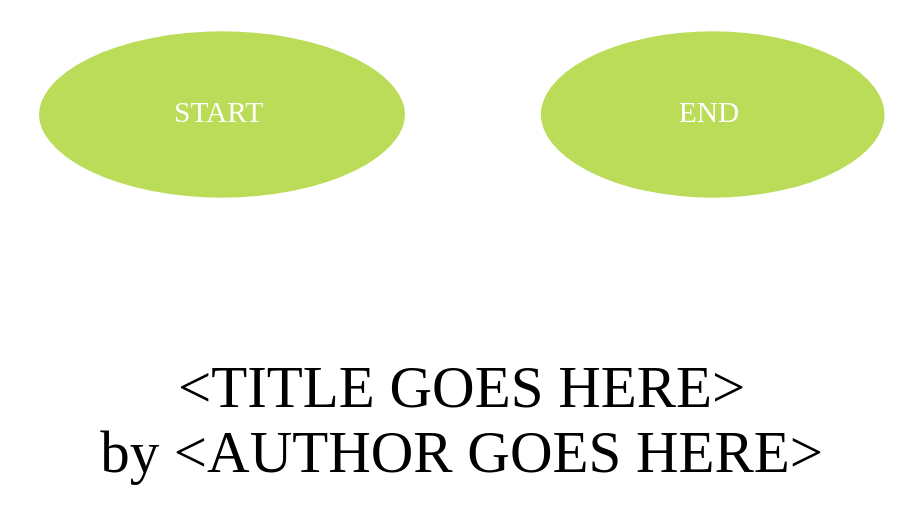
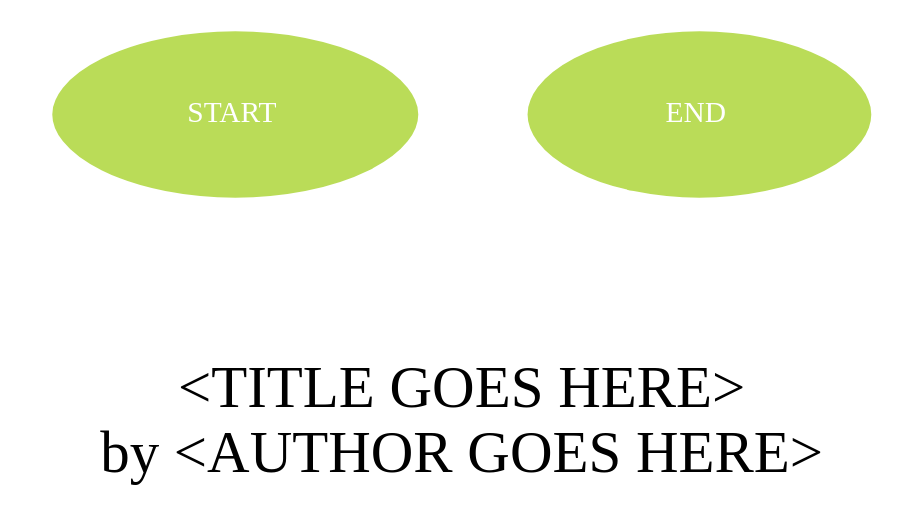
The diagram in graphviz-flowchart.dot (michaeledwards-au/graphviz-flowchart), drawn with Graphviz before and after one commit. The commit also changed 4 other files, not shown here.

```diff
--- a/graphviz-flowchart.dot
+++ b/graphviz-flowchart.dot
@@ -1,43 +1,43 @@
 digraph G {
 
   //== graph setup ==//
   fontsize="40"; label="\n\n<TITLE GOES HERE>\nby <AUTHOR GOES HERE>";
-  margin="1"; nodesep=1; ranksep=1;
+  margin="1"; nodesep=0.75; ranksep=0.75;
 
   //====================//
   // NODES
   //====================//
 
   //== base node setup ==//
   node [ fontname="serif bold" penwidth=20 style=filled fontcolor=white color=white fontsize=20 margin=0.5 ];
 
   //== terminal node setup ==//
   node [ shape=oval fillcolor="#badc58" ];
 
   start [ label="     START     " ];
   end [ label="      END      " ];
  
   //== decision node setup ==//
   node [ shape=diamond fillcolor="#ff7979" ];
 
   // <DECISION NODES GO HERE>
  
   //== process node setup ==//
   node [ shape=box fillcolor="#686de0" ];
 
   // <PROCESS NODES GO HERE>
 
   //== input/output node setup ==//
   node [ shape=box fillcolor="#f9ca24" fontname="courier bold" ];
 
   // <INPUT/OUTPUT NODES GO HERE>
 
   //====================//
   // EDGES 
   //====================//
 
   //== base edge setup ==//
   edge [ color="#badc58" fontsize=20 penwidth=4 arrowsize=1.5 fontname="serif" ];
 
   // <EDGES GO HERE>
 }
```
